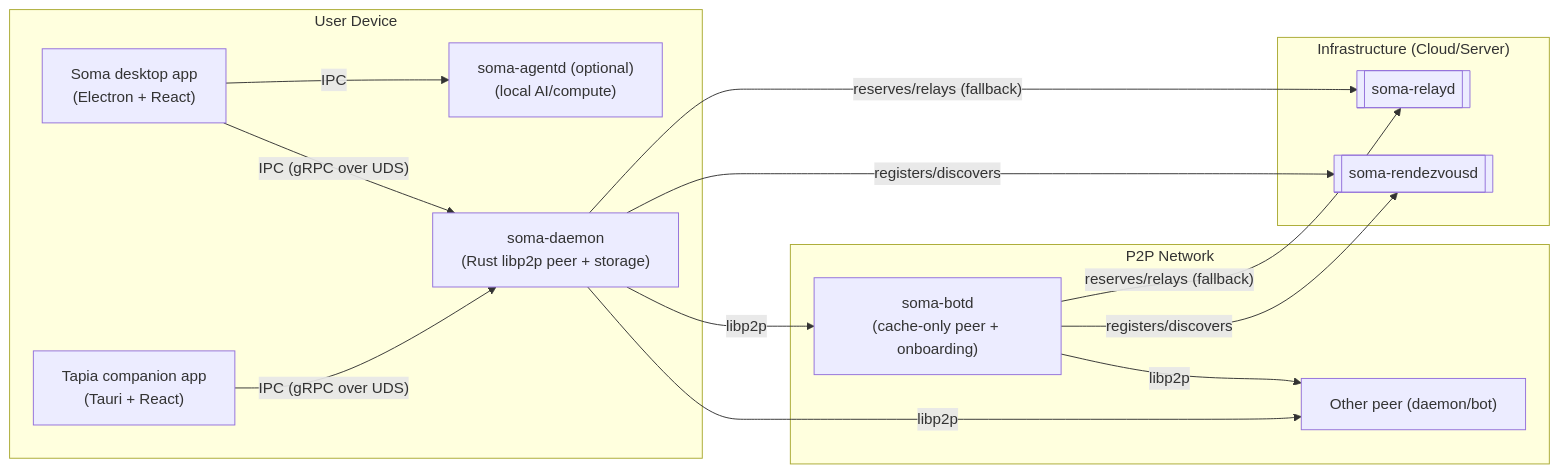
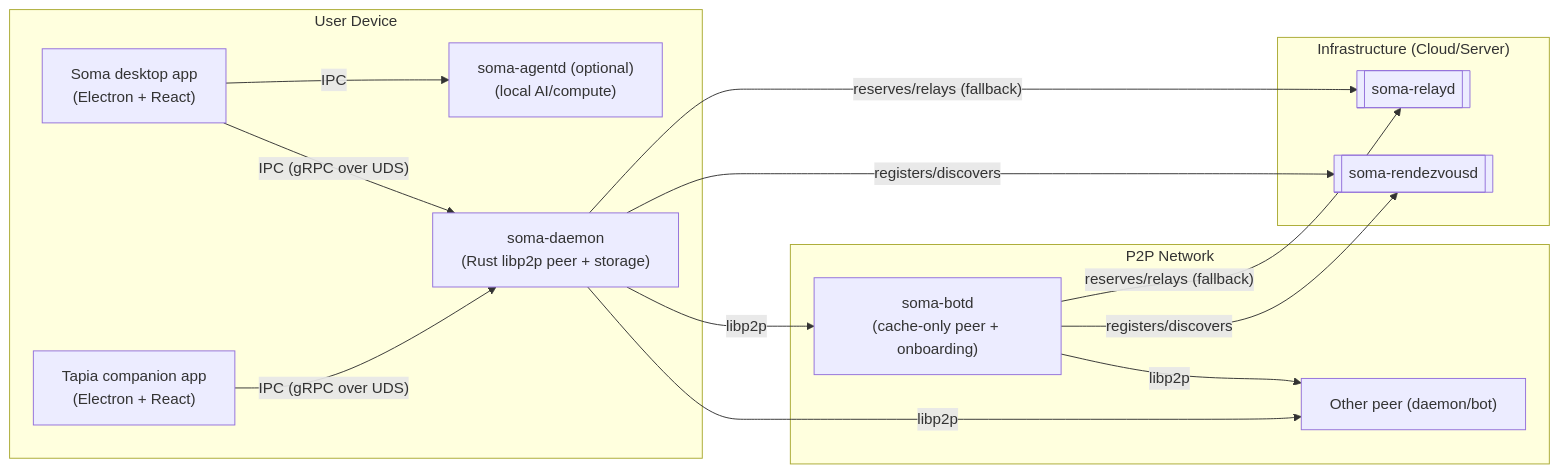
One commit to stephane-segning/soma changed the first of 2 diagrams in docs/src/architecture/soma-tapia.md. Above: the diagram before and after it, drawn with Mermaid. The commit also changed other lines of this file and 144 other files, not shown here.

````diff
--- a/docs/src/architecture/soma-tapia.md
+++ b/docs/src/architecture/soma-tapia.md
@@ -42,30 +42,30 @@
 ```mermaid
 flowchart LR
   subgraph "User Device"
     SomaUI["Soma desktop app<br/>(Electron + React)"]
-    TapiaUI["Tapia companion app<br/>(Tauri + React)"]
+    TapiaUI["Tapia companion app<br/>(Electron + React)"]
     Daemon["soma-daemon<br/>(Rust libp2p peer + storage)"]
     Agent["soma-agentd (optional)<br/>(local AI/compute)"]
 
     SomaUI -- IPC (gRPC over UDS) --> Daemon
     TapiaUI -- IPC (gRPC over UDS) --> Daemon
     SomaUI -- IPC --> Agent
   end
 
   subgraph "P2P Network"
     Daemon -- libp2p --> Other["Other peer (daemon/bot)"]
     Bot["soma-botd<br/>(cache-only peer + onboarding)"]:::peer
     Daemon -- libp2p --> Bot
     Bot -- libp2p --> Other
   end
 
   subgraph "Infrastructure (Cloud/Server)"
     Rendezvous[[soma-rendezvousd]]:::infra
     Relay[[soma-relayd]]:::infra
   end
 
   Daemon -- registers/discovers --> Rendezvous
   Daemon -- reserves/relays (fallback) --> Relay
   Bot -- registers/discovers --> Rendezvous
   Bot -- reserves/relays (fallback) --> Relay
 ```
````
